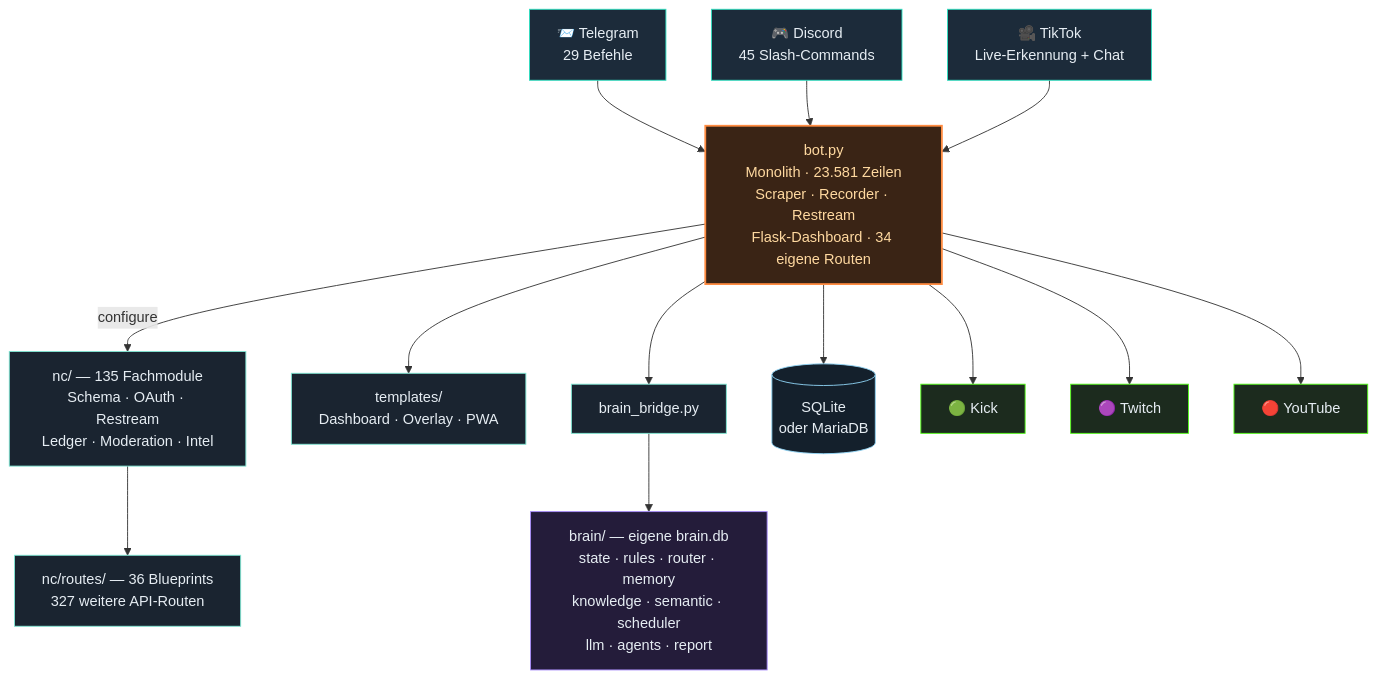
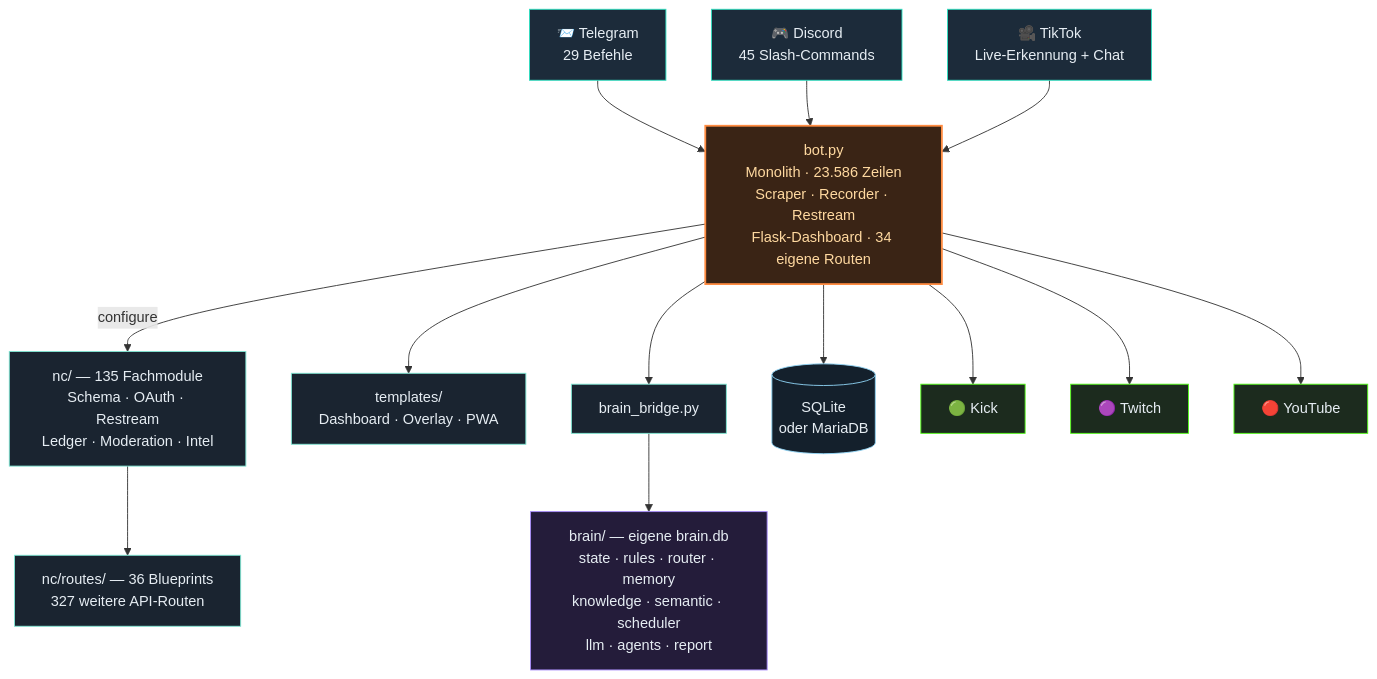
Before and after one commit to itsamemedev/Telegram-Stream-Info-Bot: the third of 4 diagrams in README.md, drawn with Mermaid. The commit also changed other lines of this file and 8 other files, not shown here.

````diff
--- a/README.md
+++ b/README.md
@@ -189,30 +189,30 @@
 ```mermaid
 flowchart TB
     TG["📨 Telegram<br/>29 Befehle"]:::ein
     DC["🎮 Discord<br/>45 Slash-Commands"]:::ein
     TT["🎥 TikTok<br/>Live-Erkennung + Chat"]:::ein
 
     TG --> BOT
     DC --> BOT
     TT --> BOT
 
-    BOT["bot.py<br/>Monolith · 23.581 Zeilen<br/>Scraper · Recorder · Restream<br/>Flask-Dashboard · 34 eigene Routen"]:::core
+    BOT["bot.py<br/>Monolith · 23.586 Zeilen<br/>Scraper · Recorder · Restream<br/>Flask-Dashboard · 34 eigene Routen"]:::core
 
     BOT -->|configure| NC["nc/ — 135 Fachmodule<br/>Schema · OAuth · Restream<br/>Ledger · Moderation · Intel"]:::lib
     NC --> RT["nc/routes/ — 36 Blueprints<br/>327 weitere API-Routen"]:::lib
     BOT --> TPL["templates/<br/>Dashboard · Overlay · PWA"]:::lib
     BOT --> BR["brain_bridge.py"]:::lib
     BR --> BRAIN["brain/ — eigene brain.db<br/>state · rules · router · memory<br/>knowledge · semantic · scheduler<br/>llm · agents · report"]:::brain
     BOT --> DB[("SQLite<br/>oder MariaDB")]:::db
 
     BOT --> KICK["🟢 Kick"]:::out
     BOT --> TW["🟣 Twitch"]:::out
     BOT --> YT["🔴 YouTube"]:::out
 
     classDef ein fill:#1c2b3a,stroke:#2de1c2,color:#e6edf3
     classDef core fill:#3a2415,stroke:#ff8c42,stroke-width:2px,color:#ffd9a0
     classDef lib fill:#1a2430,stroke:#7fe7d4,color:#e6edf3
     classDef brain fill:#241c3a,stroke:#a78bfa,color:#e6edf3
     classDef db fill:#14202c,stroke:#8fd3f4,color:#e6edf3
     classDef out fill:#1c2b1e,stroke:#53fc18,color:#e6edf3
 ```
````
